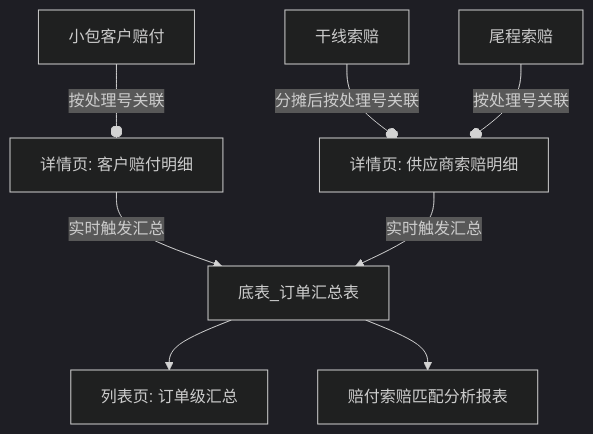
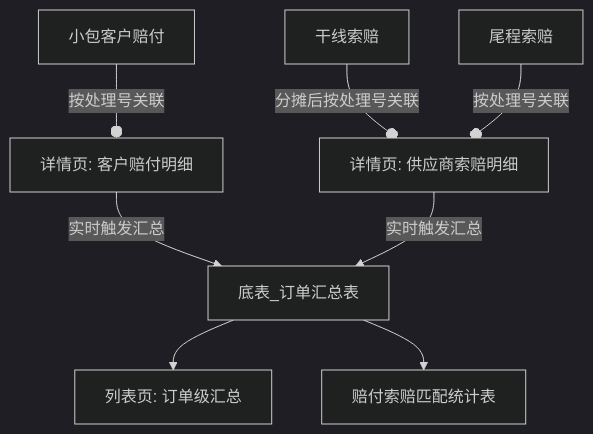
Before and after one commit to ljfjzgz/ljfjzgz.github.io: the diagram in PRDdocs/05-底层数据/订单赔付索赔底表.md, drawn with Mermaid (dark theme). The commit also changed other lines of this file and 4 other files, not shown here.

````diff
--- a/PRDdocs/05-底层数据/订单赔付索赔底表.md
+++ b/PRDdocs/05-底层数据/订单赔付索赔底表.md
@@ -19,10 +19,10 @@
 ```mermaid
 graph TB
     A[小包客户赔付] --o|按处理号关联| D1[详情页: 客户赔付明细]
     B[干线索赔] --o|分摊后按处理号关联| D2[详情页: 供应商索赔明细]
     C[尾程索赔] --o|按处理号关联| D2
     D1 -->|实时触发汇总| E[底表_订单汇总表]
     D2 -->|实时触发汇总| E
     E --> F[列表页: 订单级汇总]
-    E --> G[赔付索赔匹配分析报表]
+    E --> G[赔付索赔匹配统计表]
 ```
````
